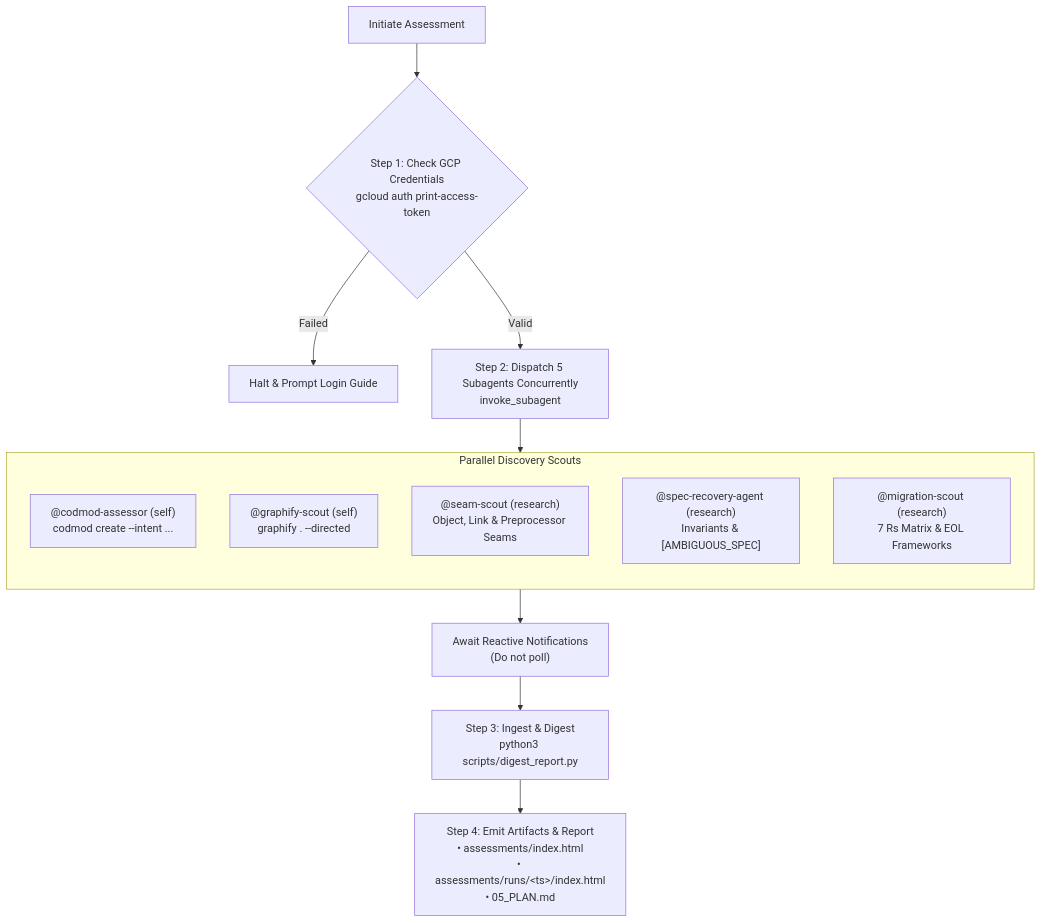
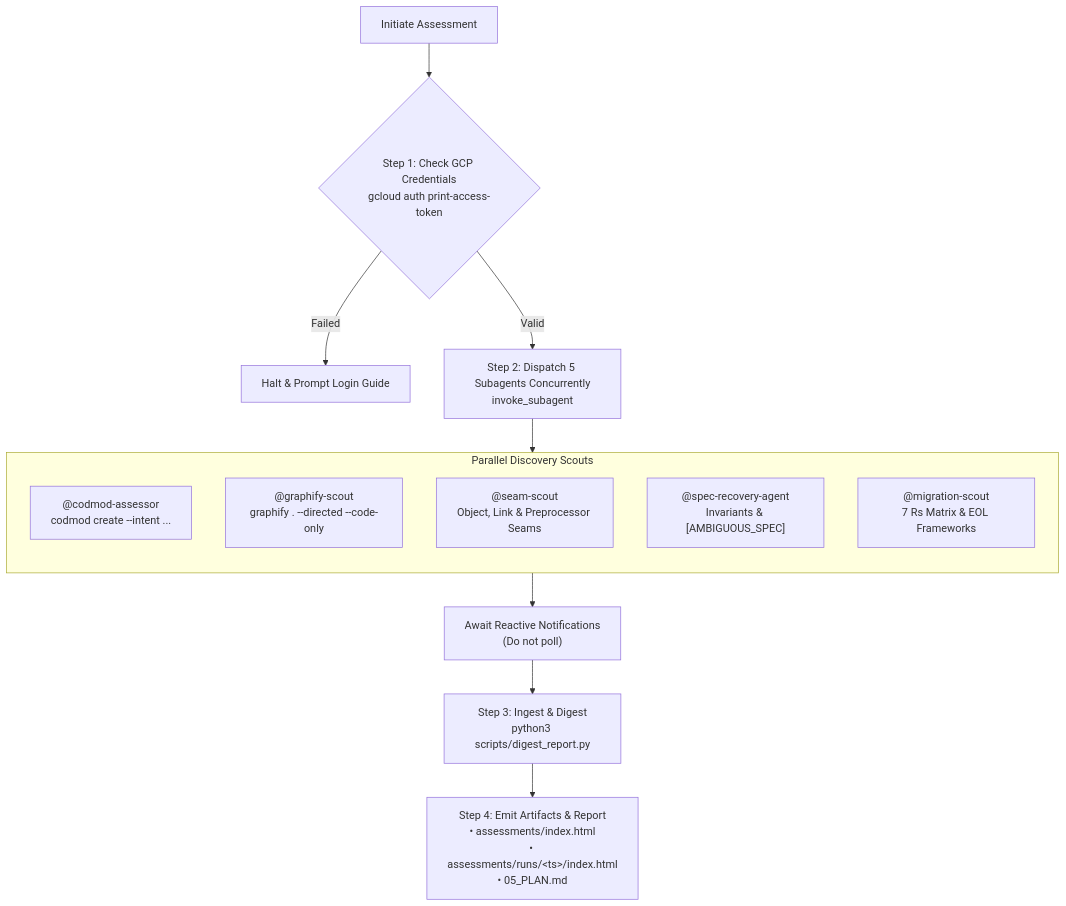
The diagram in skills/assess/SKILL.md (sapientcoffee/bean-grinder), drawn with Mermaid before and after one commit. The commit also changed other lines of this file and 1 other file, not shown here.

````diff
--- a/skills/assess/SKILL.md
+++ b/skills/assess/SKILL.md
@@ -10,20 +10,20 @@
 ```mermaid
 flowchart TD
     Start["Initiate Assessment"] --> CheckGCP{"Step 1: Check GCP Credentials<br/>gcloud auth print-access-token"}
     CheckGCP -->|Failed| Halt["Halt & Prompt Login Guide"]
     CheckGCP -->|Valid| Dispatch["Step 2: Dispatch 5 Subagents Concurrently<br/>invoke_subagent"]
     
     subgraph ParallelScouts["Parallel Discovery Scouts"]
         direction TB
-        S1["@codmod-assessor (self)<br/>codmod create --intent ..."]
-        S2["@graphify-scout (self)<br/>graphify . --directed"]
-        S3["@seam-scout (research)<br/>Object, Link & Preprocessor Seams"]
-        S4["@spec-recovery-agent (research)<br/>Invariants & [AMBIGUOUS_SPEC]"]
-        S5["@migration-scout (research)<br/>7 Rs Matrix & EOL Frameworks"]
+        S1["@codmod-assessor<br/>codmod create --intent ..."]
+        S2["@graphify-scout<br/>graphify . --directed --code-only"]
+        S3["@seam-scout<br/>Object, Link & Preprocessor Seams"]
+        S4["@spec-recovery-agent<br/>Invariants & [AMBIGUOUS_SPEC]"]
+        S5["@migration-scout<br/>7 Rs Matrix & EOL Frameworks"]
     end
     
     Dispatch --> ParallelScouts
     ParallelScouts --> Wait["Await Reactive Notifications<br/>(Do not poll)"]
     Wait --> Digest["Step 3: Ingest & Digest<br/>python3 scripts/digest_report.py"]
     Digest --> Outputs["Step 4: Emit Artifacts & Report<br/>• assessments/index.html<br/>• assessments/runs/&lt;ts&gt;/index.html<br/>• 05_PLAN.md"]
 ```
````
